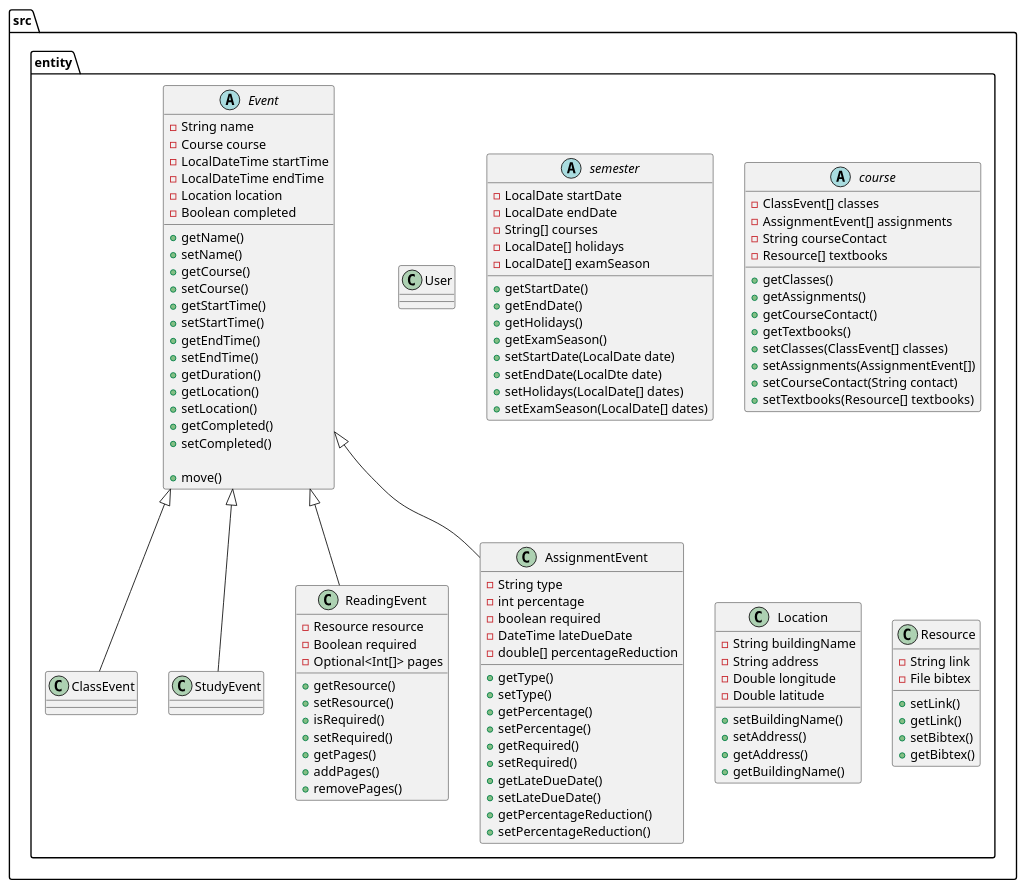
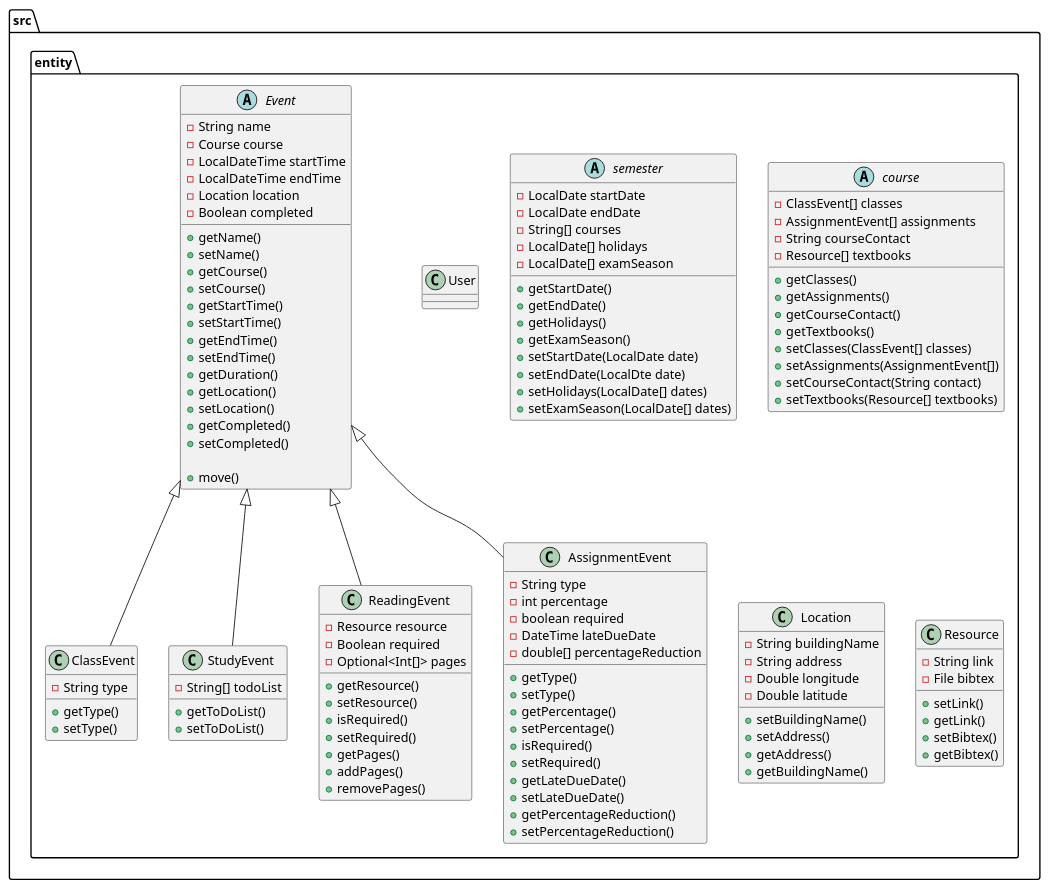
One commit to Rafiah-n/AcademiCal changed the diagram in DESIGN.puml. Above: the diagram before and after it, drawn with PlantUML. The commit also changed 1 other file, not shown here.

```diff
--- a/DESIGN.puml
+++ b/DESIGN.puml
@@ -1,137 +1,143 @@
 @startuml
 
 folder src {
 
     folder entity {
 
         abstract Event {
             -String name
             -Course course
             -LocalDateTime startTime
             -LocalDateTime endTime
             -Location location
             -Boolean completed
 
             +getName()
             +setName()
             +getCourse()
             +setCourse()
             +getStartTime()
             +setStartTime()
             +getEndTime()
             +setEndTime()
             +getDuration()
             +getLocation()
             +setLocation()
             +getCompleted()
             +setCompleted()
 
             +move()  /' Moves start and end times in unison '/
         }
 
         class ClassEvent extends Event {
+            - String type
 
+            + getType()
+            + setType()
         }
 
         class StudyEvent extends Event {
+            - String[] todoList
 
+            +getToDoList()
+            +setToDoList()
         }
 
         class ReadingEvent extends Event {
             -Resource resource
             -Boolean required
             -Optional<Int[]> pages
 
             +getResource()
             +setResource()
             +isRequired()
             +setRequired()
             +getPages()
             +addPages()
             +removePages()
         }
 
         class AssignmentEvent extends Event {
             - String type
             - int percentage
             - boolean required
             - DateTime lateDueDate
             - double[] percentageReduction
 
             + getType()
             + setType()
             + getPercentage()
             + setPercentage()
-            + getRequired()
+            + isRequired()
             + setRequired()
             + getLateDueDate()
             + setLateDueDate()
             + getPercentageReduction()
             + setPercentageReduction()
         }
 
         class User {
             ' Unimplemented for now
         }
 
         abstract semester{
          - LocalDate startDate
          - LocalDate endDate
          - String[] courses
          - LocalDate[] holidays
          - LocalDate[] examSeason
 
          + getStartDate()
          + getEndDate()
          + getHolidays()
          + getExamSeason()
          + setStartDate(LocalDate date)
          + setEndDate(LocalDte date)
          + setHolidays(LocalDate[] dates)
          + setExamSeason(LocalDate[] dates)
         }
 
         abstract course {
         - ClassEvent[] classes
         - AssignmentEvent[] assignments
         - String courseContact
         - Resource[] textbooks
 
         + getClasses()
         + getAssignments()
         + getCourseContact()
         + getTextbooks()
         + setClasses(ClassEvent[] classes)
         + setAssignments(AssignmentEvent[])
         + setCourseContact(String contact)
         + setTextbooks(Resource[] textbooks)
         }
 
     class Location{
         -String buildingName
         -String address
         -Double longitude
         -Double latitude
 
         + setBuildingName()
         + setAddress()
         + getAddress()
         + getBuildingName()
     }
 
     class Resource{
         -String link
         -File bibtex
 
         + setLink()
         + getLink()
         + setBibtex()
         + getBibtex()
     }
 
     }  /' folder entity '/
 
 
 }  /' folder src '/
 
 @enduml
```
